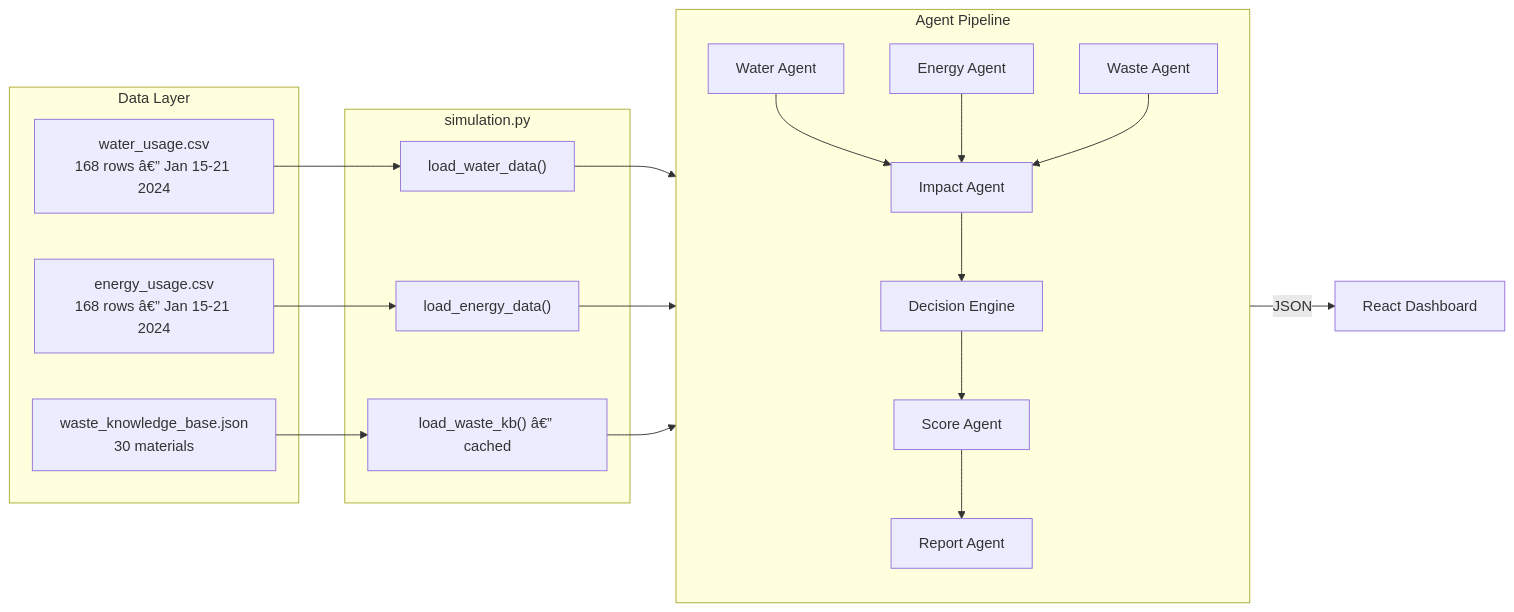
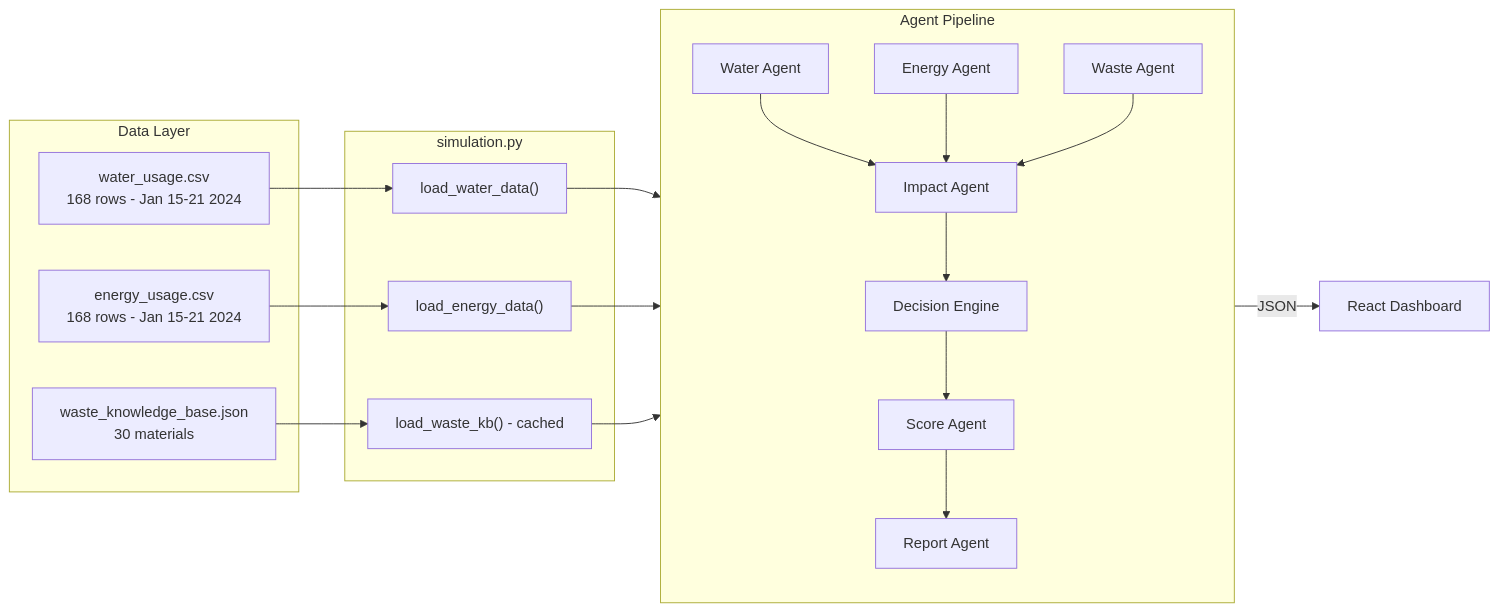
The third of 3 diagrams in README.md (DivyaShreeS09/RE-GEN-AI), drawn with Mermaid before and after one commit. The commit also changed other lines of this file, not shown here.

````diff
--- a/README.md
+++ b/README.md
@@ -105,29 +104,29 @@
 ```mermaid
 graph LR
     subgraph "Data Layer"
-        WC["water_usage.csv\n168 rows â€” Jan 15-21 2024"]
-        EC["energy_usage.csv\n168 rows â€” Jan 15-21 2024"]
+        WC["water_usage.csv\n168 rows - Jan 15-21 2024"]
+        EC["energy_usage.csv\n168 rows - Jan 15-21 2024"]
         KB["waste_knowledge_base.json\n30 materials"]
     end
 
     subgraph "simulation.py"
         LW["load_water_data()"]
         LE["load_energy_data()"]
-        LK["load_waste_kb() â€” cached"]
+        LK["load_waste_kb() - cached"]
     end
 
     subgraph "Agent Pipeline"
         direction TB
         WAgent["Water Agent"] --> IAgent["Impact Agent"]
         EAgent["Energy Agent"] --> IAgent
         WsAgent["Waste Agent"] --> IAgent
         IAgent --> DAgent["Decision Engine"]
         DAgent --> SAgent["Score Agent"]
         SAgent --> RAgent["Report Agent"]
     end
 
     WC --> LW --> WAgent
     EC --> LE --> EAgent
     KB --> LK --> WsAgent
     RAgent -->|"JSON"| FE["React Dashboard"]
 ```
````
